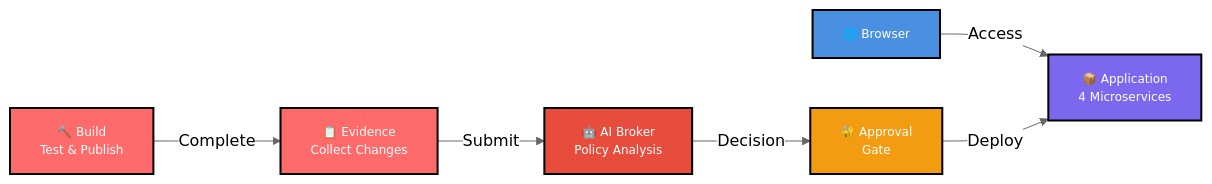
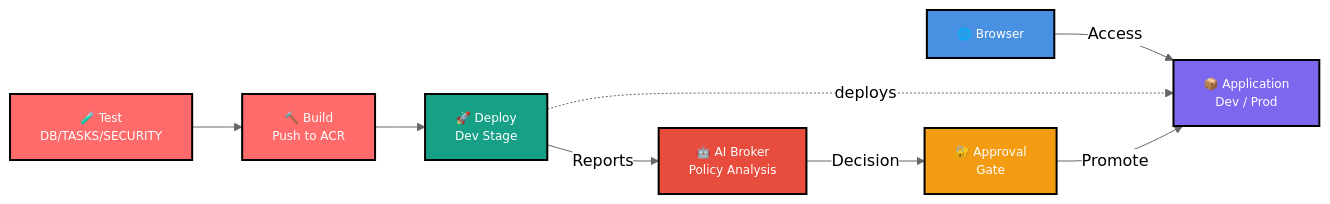
The second of 2 diagrams in README.md (Georges034302/DRA2.0-POC-Demo-app), drawn with Mermaid (neutral theme) before and after one commit. The commit also changed other lines of this file and 7 other files, not shown here.

Commit message:
Update all docs for dev/prod staged promotion architecture

````diff
--- a/README.md
+++ b/README.md
@@ -55,22 +52,25 @@
 ```mermaid
 graph LR
     UI["🌐 Browser"]
-    APP["📦 Application<br/>4 Microservices"]
-    BUILD["🔨 Build<br/>Test & Publish"]
-    EVID["📋 Evidence<br/>Collect Changes"]
+    APP["📦 Application<br/>Dev / Prod"]
+    TEST["🧪 Test<br/>DB/TASKS/SECURITY"]
+    BUILD["🔨 Build<br/>Push to ACR"]
+    DEPLOY["🚀 Deploy<br/>Dev Stage"]
     BROKER["🤖 AI Broker<br/>Policy Analysis"]
     GATE["🔐 Approval<br/>Gate"]
     
     UI -->|Access| APP
-    BUILD -->|Complete| EVID
-    EVID -->|Submit| BROKER
+    TEST --> BUILD --> DEPLOY
+    DEPLOY -.->|deploys| APP
+    DEPLOY -->|Reports| BROKER
     BROKER -->|Decision| GATE
-    GATE -->|Deploy| APP
+    GATE -->|Promote| APP
     
     style UI fill:#4A90E2,stroke:#000,stroke-width:2px,color:#fff,font-size:12px
     style APP fill:#7B68EE,stroke:#000,stroke-width:2px,color:#fff,font-size:12px
+    style TEST fill:#FF6B6B,stroke:#000,stroke-width:2px,color:#fff,font-size:12px
     style BUILD fill:#FF6B6B,stroke:#000,stroke-width:2px,color:#fff,font-size:12px
-    style EVID fill:#FF6B6B,stroke:#000,stroke-width:2px,color:#fff,font-size:12px
+    style DEPLOY fill:#16A085,stroke:#000,stroke-width:2px,color:#fff,font-size:12px
     style BROKER fill:#E74C3C,stroke:#000,stroke-width:2px,color:#fff,font-size:12px
     style GATE fill:#F39C12,stroke:#000,stroke-width:2px,color:#fff,font-size:12px
 ```
````
